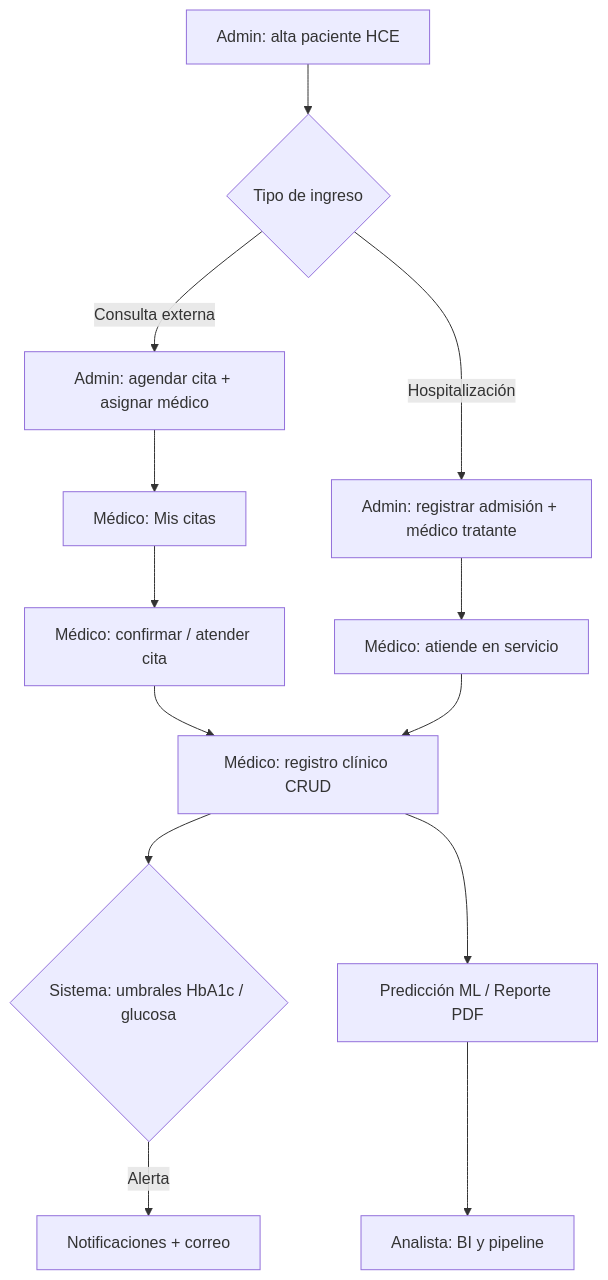
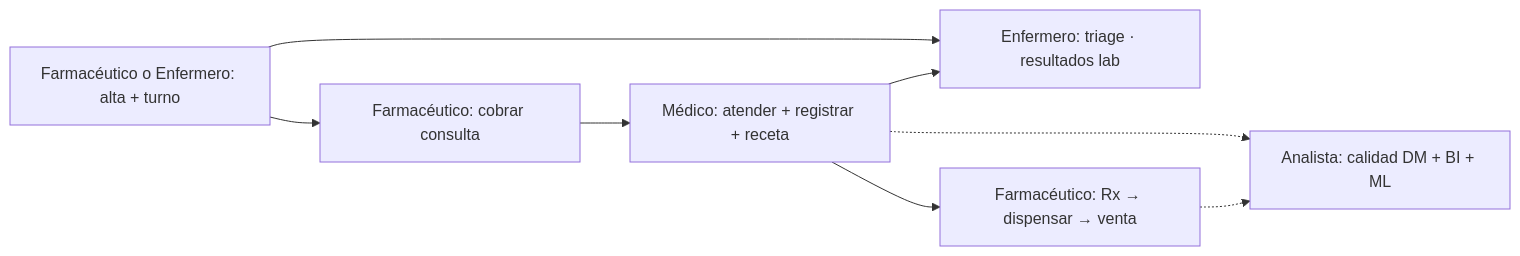
The diagram in specs/003-operativo/flujo-clinico.md (Danxxx777/diabcare), drawn with Mermaid before and after one commit. The commit also changed other lines of this file and 109 other files, not shown here.

````diff
--- a/specs/003-operativo/flujo-clinico.md
+++ b/specs/003-operativo/flujo-clinico.md
@@ -21,15 +93,17 @@
 ```mermaid
-flowchart TD
-  A[Admin: alta paciente HCE] --> B{Tipo de ingreso}
-  B -->|Consulta externa| C[Admin: agendar cita + asignar médico]
-  B -->|Hospitalización| D[Admin: registrar admisión + médico tratante]
-  C --> E[Médico: Mis citas]
-  D --> F[Médico: atiende en servicio]
-  E --> G[Médico: confirmar / atender cita]
-  G --> H[Médico: registro clínico CRUD]
-  F --> H
-  H --> I{Sistema: umbrales HbA1c / glucosa}
-  I -->|Alerta| J[Notificaciones + correo]
-  H --> K[Predicción ML / Reporte PDF]
-  K --> L[Analista: BI y pipeline]
+flowchart LR
+  REC[Farmacéutico o Enfermero: alta + turno]
+  CAJA[Farmacéutico: cobrar consulta]
+  ENF[Enfermero: triage · resultados lab]
+  MED[Médico: atender + registrar + receta]
+  FARM[Farmacéutico: Rx → dispensar → venta]
+  ANA[Analista: calidad DM + BI + ML]
+
+  REC --> CAJA
+  CAJA --> MED
+  REC --> ENF
+  MED --> ENF
+  MED --> FARM
+  MED -.-> ANA
+  FARM -.-> ANA
 ```
````
